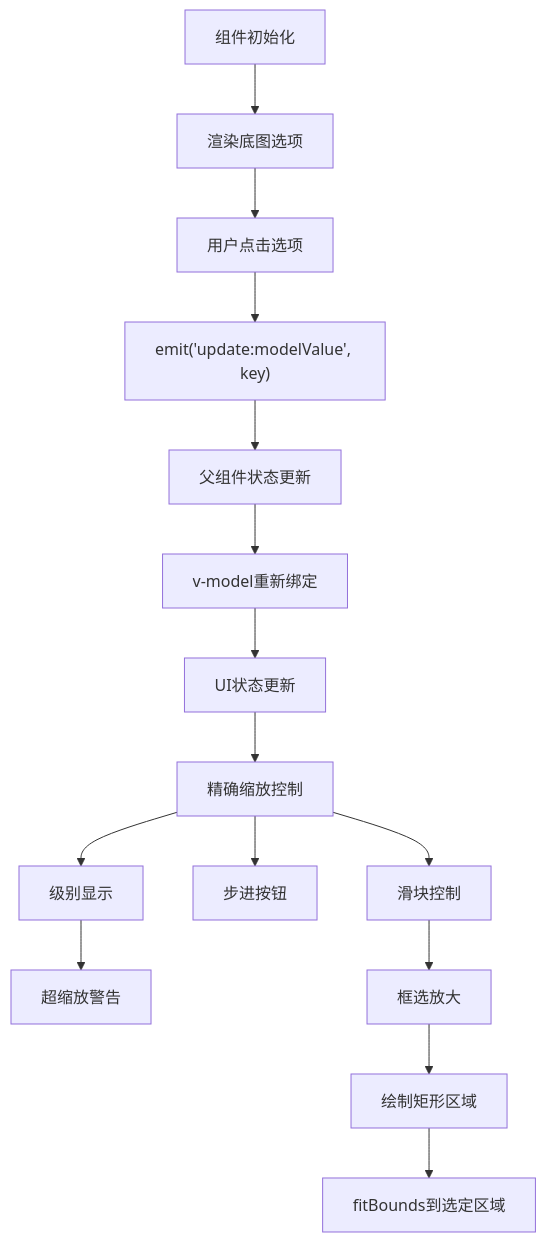
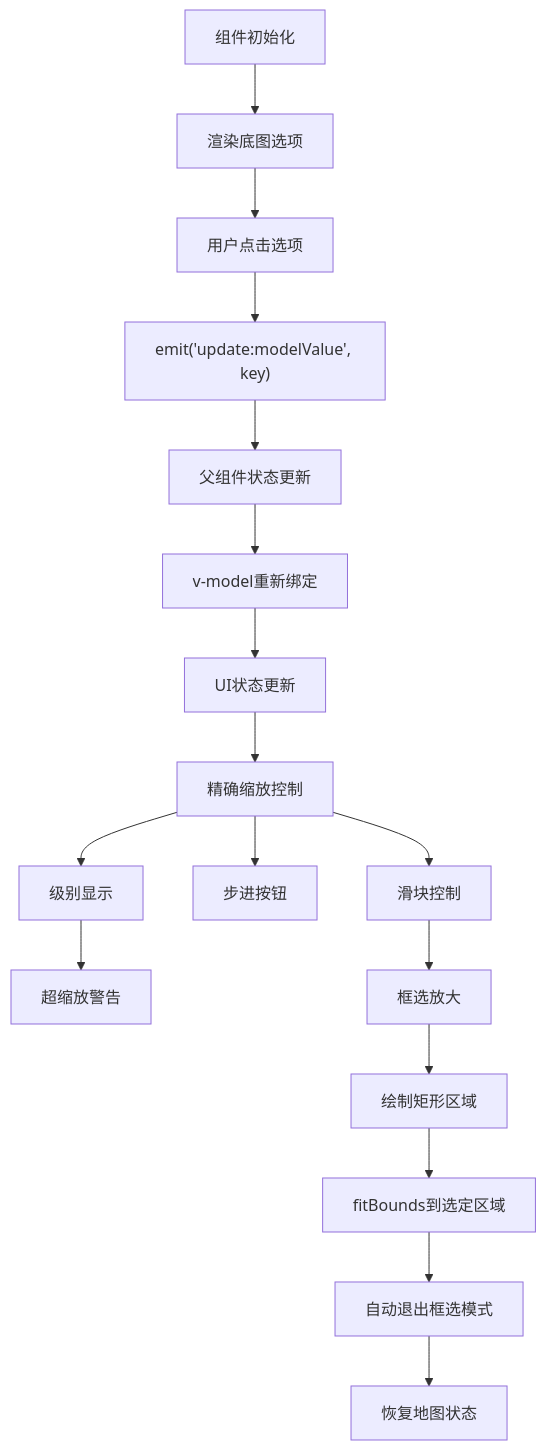
Before and after one commit to q446328246/agri-platform: the fourth of 10 diagrams in .qoder/repowiki/zh/content/前端应用文档/地图可视化.md, drawn with Mermaid. The commit also changed other lines of this file and 44 other files, not shown here.

Commit message:
docs: 同步 repowiki 知识卡片与地图可视化文档重生成结果

````diff
--- a/.qoder/repowiki/zh/content/前端应用文档/地图可视化.md
+++ b/.qoder/repowiki/zh/content/前端应用文档/地图可视化.md
@@ -238,17 +269,19 @@
 ```mermaid
 flowchart TD
 Init["组件初始化"] --> RenderOptions["渲染底图选项"]
 RenderOptions --> UserClick["用户点击选项"]
 UserClick --> EmitEvent["emit('update:modelValue', key)"]
 EmitEvent --> ParentUpdate["父组件状态更新"]
 ParentUpdate --> Rebind["v-model重新绑定"]
 Rebind --> UpdateUI["UI状态更新"]
 UpdateUI --> ZoomControl["精确缩放控制"]
 ZoomControl --> Slider["滑块控制"]
 ZoomControl --> Steps["步进按钮"]
 ZoomControl --> LevelDisplay["级别显示"]
 LevelDisplay --> OverWarning["超缩放警告"]
 Slider --> BoxSelect["框选放大"]
 BoxSelect --> RectangleDraw["绘制矩形区域"]
 RectangleDraw --> FitBounds["fitBounds到选定区域"]
+FitBounds --> AutoExit["自动退出框选模式"]
+AutoExit --> RestoreState["恢复地图状态"]
 ```
````
